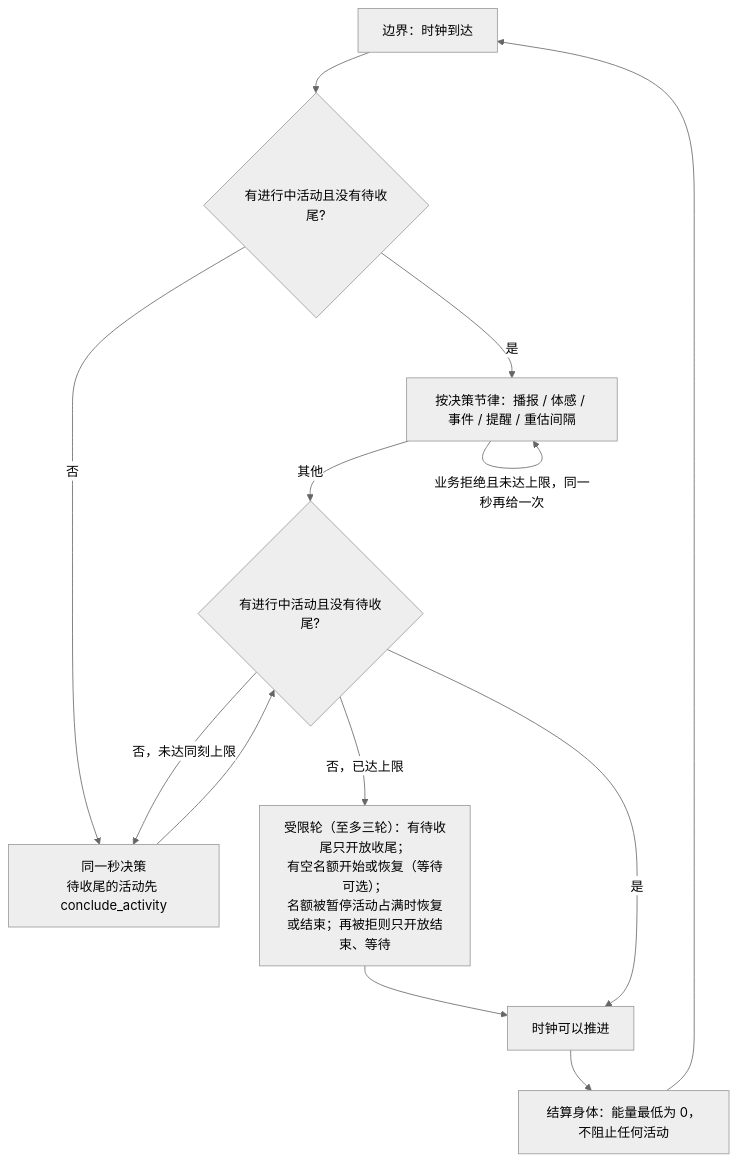
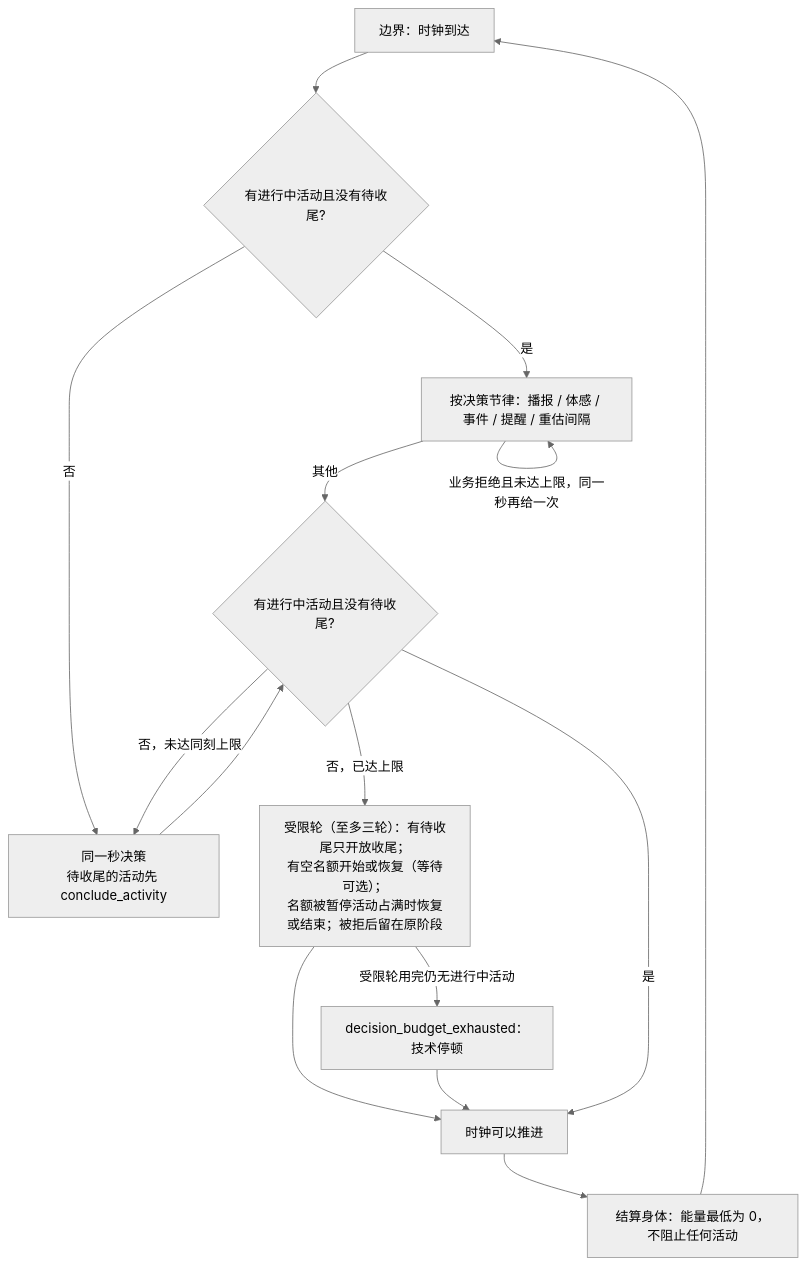
Before and after one commit to HoldThatThgt/WorldMock: the first of 4 diagrams in docs/dev/SPEC-time-and-energy.md, drawn with Mermaid (neutral theme). The commit also changed other lines of this file and 1 other file, not shown here.

````diff
--- a/docs/dev/SPEC-time-and-energy.md
+++ b/docs/dev/SPEC-time-and-energy.md
@@ -31,15 +35,17 @@
 ```mermaid
 flowchart TB
     B["边界：时钟到达"] --> Q{"有进行中活动且没有待收尾?"}
     Q -->|是| R["按决策节律：播报 / 体感 / 事件 / 提醒 / 重估间隔"]
     Q -->|否| D["同一秒决策<br/>待收尾的活动先 conclude_activity"]
     D --> A{"有进行中活动且没有待收尾?"}
     A -->|否，未达同刻上限| D
-    A -->|否，已达上限| S["受限轮（至多三轮）：有待收尾只开放收尾；<br/>有空名额开始或恢复（等待可选）；<br/>名额被暂停活动占满时恢复或结束；再被拒则只开放结束、等待"]
+    A -->|否，已达上限| S["受限轮（至多三轮）：有待收尾只开放收尾；<br/>有空名额开始或恢复（等待可选）；<br/>名额被暂停活动占满时恢复或结束；被拒后留在原阶段"]
     S --> T["时钟可以推进"]
+    S -->|受限轮用完仍无进行中活动| X["decision_budget_exhausted：技术停顿"]
+    X --> T
     A -->|是| T
     R -->|业务拒绝且未达上限，同一秒再给一次| R
     R -->|其他| A
     T --> E["结算身体：能量最低为 0，不阻止任何活动"]
     E --> B
 ```
````
